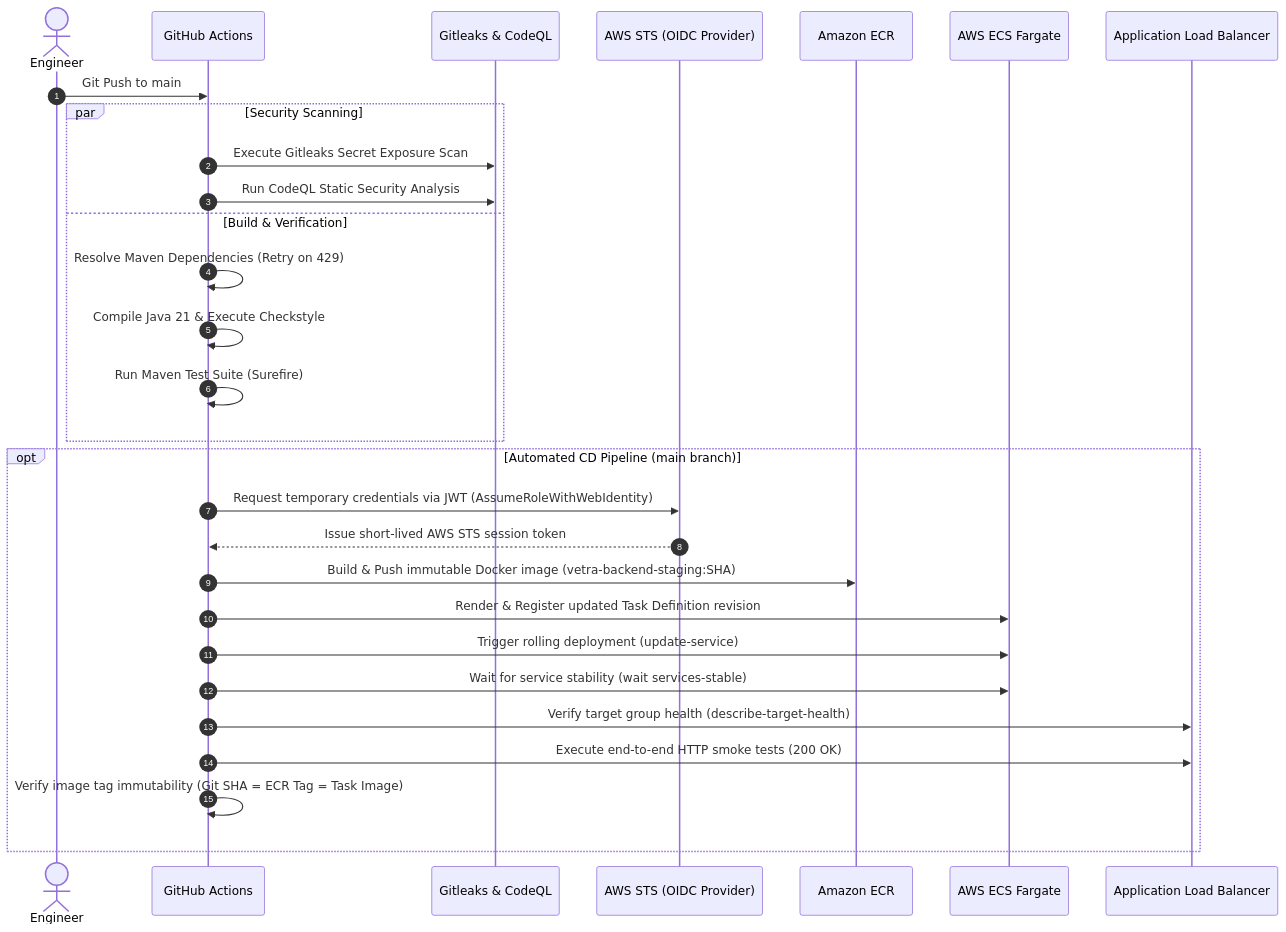
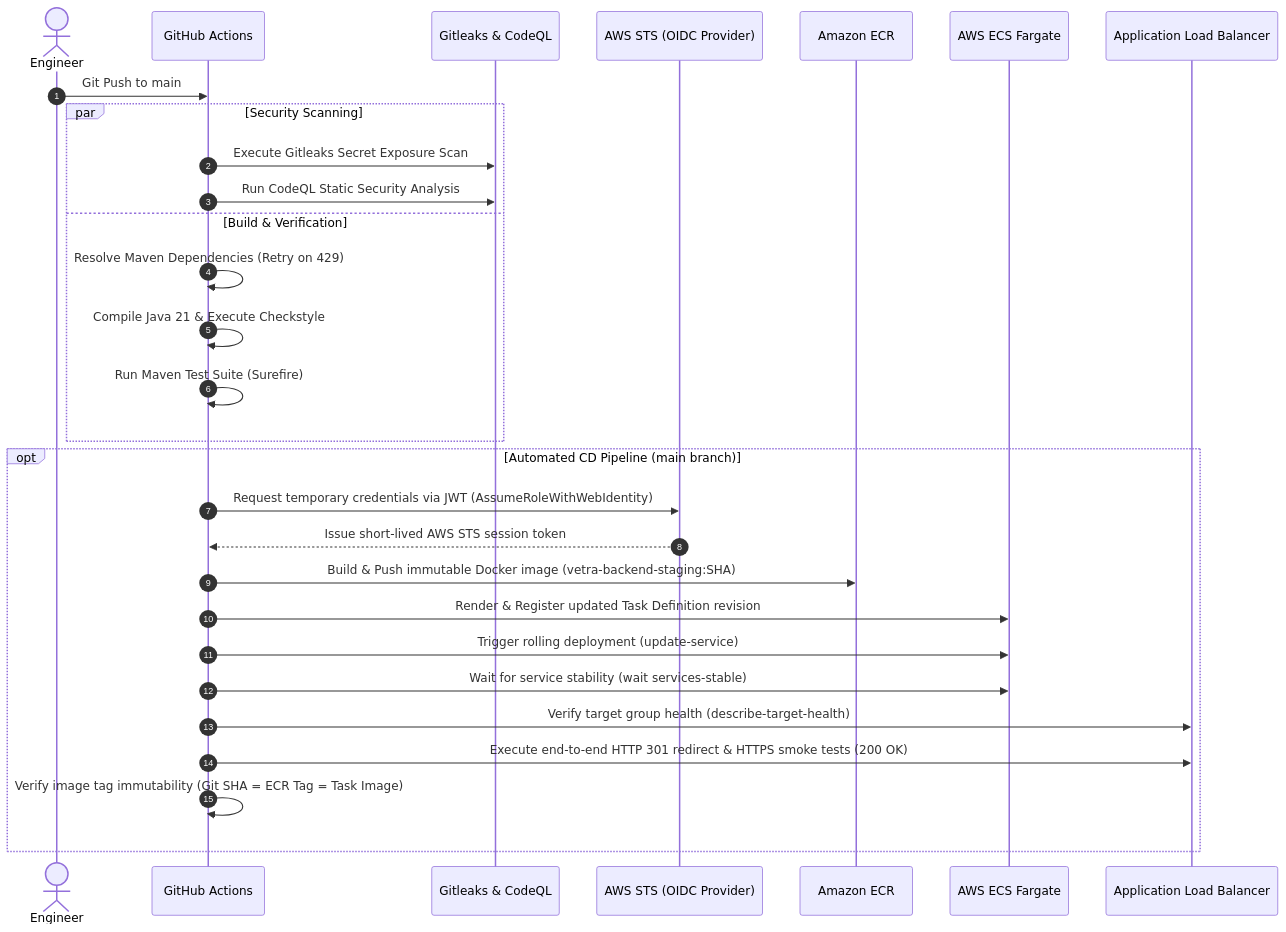
Before and after one commit to omrajput14/pashu-sathii: the third of 4 diagrams in README.md, drawn with Mermaid. The commit also changed other lines of this file and 2 other files, not shown here.

Commit message:
feat(ci): harden staging smoke tests for HTTPS

````diff
--- a/README.md
+++ b/README.md
@@ -165,33 +165,33 @@
 ```mermaid
 sequenceDiagram
     autonumber
     actor Dev as Engineer
     participant GH as GitHub Actions
     participant Sec as Gitleaks & CodeQL
     participant AWS_OIDC as AWS STS (OIDC Provider)
     participant ECR as Amazon ECR
     participant ECS as AWS ECS Fargate
     participant ALB as Application Load Balancer
 
     Dev->>GH: Git Push to main
     par Security Scanning
         GH->>Sec: Execute Gitleaks Secret Exposure Scan
         GH->>Sec: Run CodeQL Static Security Analysis
     and Build & Verification
         GH->>GH: Resolve Maven Dependencies (Retry on 429)
         GH->>GH: Compile Java 21 & Execute Checkstyle
         GH->>GH: Run Maven Test Suite (Surefire)
     end
     
     opt Automated CD Pipeline (main branch)
         GH->>AWS_OIDC: Request temporary credentials via JWT (AssumeRoleWithWebIdentity)
         AWS_OIDC-->>GH: Issue short-lived AWS STS session token
         GH->>ECR: Build & Push immutable Docker image (vetra-backend-staging:SHA)
         GH->>ECS: Render & Register updated Task Definition revision
         GH->>ECS: Trigger rolling deployment (update-service)
         GH->>ECS: Wait for service stability (wait services-stable)
         GH->>ALB: Verify target group health (describe-target-health)
-        GH->>ALB: Execute end-to-end HTTP smoke tests (200 OK)
+        GH->>ALB: Execute end-to-end HTTP 301 redirect & HTTPS smoke tests (200 OK)
         GH->>GH: Verify image tag immutability (Git SHA = ECR Tag = Task Image)
     end
 ```
````
